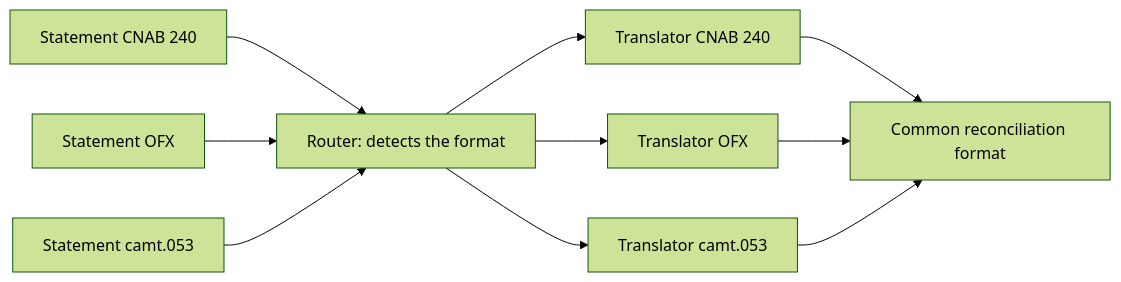
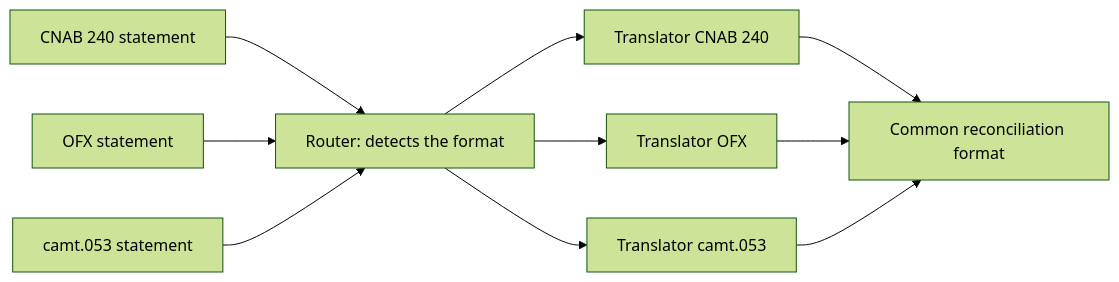
Before and after one commit to alancesar/design-patterns: the diagram in i18n/en/docusaurus-plugin-content-docs/current/architecture/eip/message-transformation/normalizer.md, drawn with Mermaid (forest theme). The commit also changed other lines of this file and 28 other files, not shown here.

Commit message:
Fix diagram review findings in microservices, eip, cloud and agent patterns

````diff
--- a/i18n/en/docusaurus-plugin-content-docs/current/architecture/eip/message-transformation/normalizer.md
+++ b/i18n/en/docusaurus-plugin-content-docs/current/architecture/eip/message-transformation/normalizer.md
@@ -54,12 +54,12 @@
 ```mermaid
 flowchart LR
-    A["Statement CNAB 240"] --> R["Router: detects the format"]
-    B["Statement OFX"] --> R
-    C["Statement camt.053"] --> R
+    A["CNAB 240 statement"] --> R["Router: detects the format"]
+    B["OFX statement"] --> R
+    C["camt.053 statement"] --> R
     R --> T1["Translator CNAB 240"]
     R --> T2["Translator OFX"]
     R --> T3["Translator camt.053"]
     T1 --> N["Common reconciliation format"]
     T2 --> N
     T3 --> N
 ```
````
